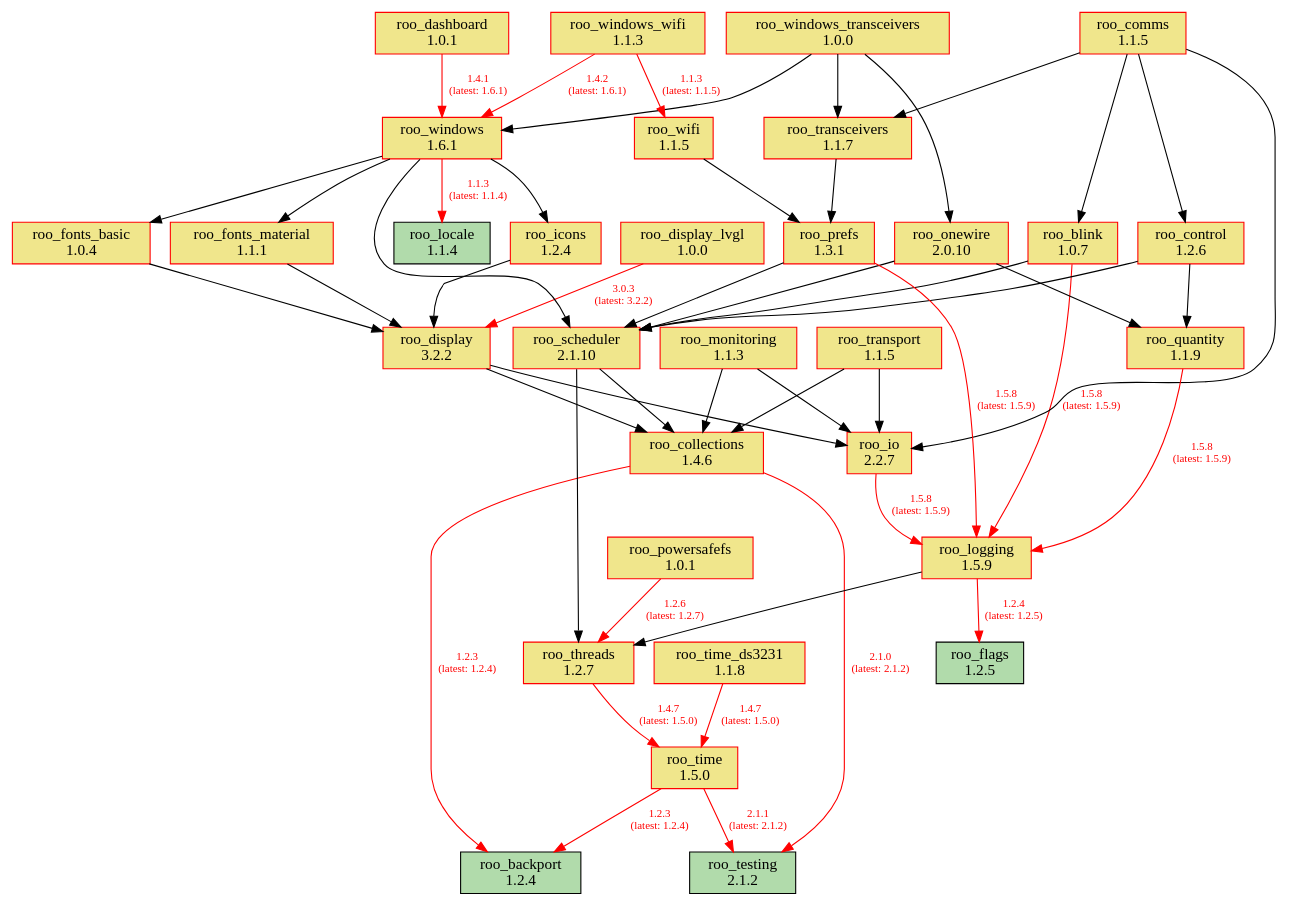
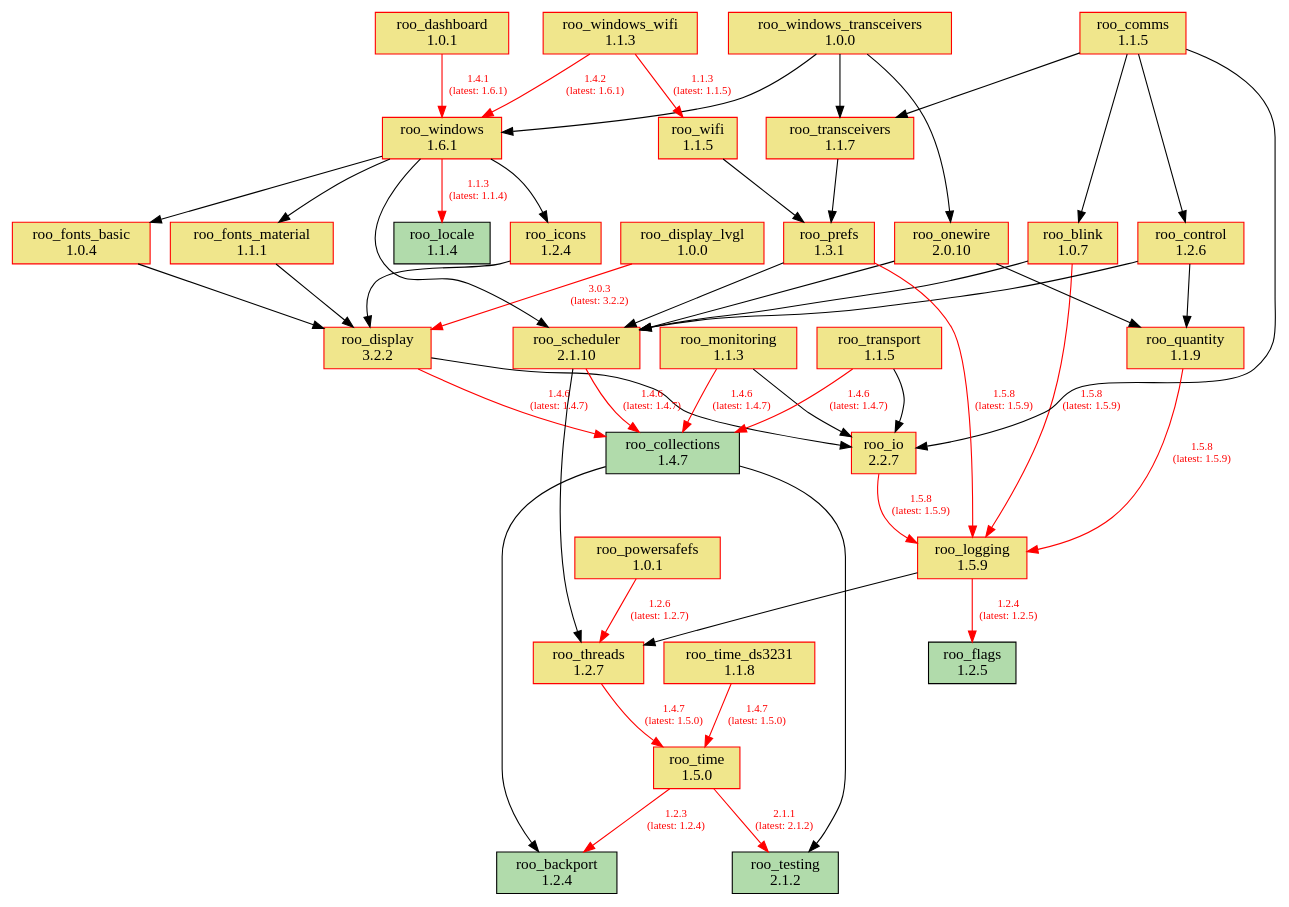
Before and after one commit to dejwk/roo-registry: the diagram in doc/dependencies.dot, drawn with Graphviz. The commit also changed 3 other files, not shown here.

Commit message:
Added roo_collections 1.4.7 to the registry.

```diff
--- a/doc/dependencies.dot
+++ b/doc/dependencies.dot
@@ -1,88 +1,88 @@
 digraph dependencies {
     rankdir=TB;
     node [shape=box, style=filled];
     edge [fontsize=10];
 
     // Modules
     "roo_backport" [label="roo_backport\n1.2.4", fillcolor="#b1dbab", color="black"];
     "roo_blink" [label="roo_blink\n1.0.7", fillcolor="khaki", color="red"];
-    "roo_collections" [label="roo_collections\n1.4.6", fillcolor="khaki", color="red"];
+    "roo_collections" [label="roo_collections\n1.4.7", fillcolor="#b1dbab", color="black"];
     "roo_comms" [label="roo_comms\n1.1.5", fillcolor="khaki", color="red"];
     "roo_control" [label="roo_control\n1.2.6", fillcolor="khaki", color="red"];
     "roo_dashboard" [label="roo_dashboard\n1.0.1", fillcolor="khaki", color="red"];
     "roo_display" [label="roo_display\n3.2.2", fillcolor="khaki", color="red"];
     "roo_display_lvgl" [label="roo_display_lvgl\n1.0.0", fillcolor="khaki", color="red"];
     "roo_flags" [label="roo_flags\n1.2.5", fillcolor="#b1dbab", color="black"];
     "roo_fonts_basic" [label="roo_fonts_basic\n1.0.4", fillcolor="khaki", color="red"];
     "roo_fonts_material" [label="roo_fonts_material\n1.1.1", fillcolor="khaki", color="red"];
     "roo_icons" [label="roo_icons\n1.2.4", fillcolor="khaki", color="red"];
     "roo_io" [label="roo_io\n2.2.7", fillcolor="khaki", color="red"];
     "roo_locale" [label="roo_locale\n1.1.4", fillcolor="#b1dbab", color="black"];
     "roo_logging" [label="roo_logging\n1.5.9", fillcolor="khaki", color="red"];
     "roo_monitoring" [label="roo_monitoring\n1.1.3", fillcolor="khaki", color="red"];
     "roo_onewire" [label="roo_onewire\n2.0.10", fillcolor="khaki", color="red"];
     "roo_powersafefs" [label="roo_powersafefs\n1.0.1", fillcolor="khaki", color="red"];
     "roo_prefs" [label="roo_prefs\n1.3.1", fillcolor="khaki", color="red"];
     "roo_quantity" [label="roo_quantity\n1.1.9", fillcolor="khaki", color="red"];
     "roo_scheduler" [label="roo_scheduler\n2.1.10", fillcolor="khaki", color="red"];
     "roo_testing" [label="roo_testing\n2.1.2", fillcolor="#b1dbab", color="black"];
     "roo_threads" [label="roo_threads\n1.2.7", fillcolor="khaki", color="red"];
     "roo_time" [label="roo_time\n1.5.0", fillcolor="khaki", color="red"];
     "roo_time_ds3231" [label="roo_time_ds3231\n1.1.8", fillcolor="khaki", color="red"];
     "roo_transceivers" [label="roo_transceivers\n1.1.7", fillcolor="khaki", color="red"];
     "roo_transport" [label="roo_transport\n1.1.5", fillcolor="khaki", color="red"];
     "roo_wifi" [label="roo_wifi\n1.1.5", fillcolor="khaki", color="red"];
     "roo_windows" [label="roo_windows\n1.6.1", fillcolor="khaki", color="red"];
     "roo_windows_transceivers" [label="roo_windows_transceivers\n1.0.0", fillcolor="khaki", color="red"];
     "roo_windows_wifi" [label="roo_windows_wifi\n1.1.3", fillcolor="khaki", color="red"];
 
     // Dependencies
     "roo_blink" -> "roo_logging" [color=red, fontcolor=red, label="1.5.8\n(latest: 1.5.9)"];
     "roo_blink" -> "roo_scheduler";
-    "roo_collections" -> "roo_testing" [color=red, fontcolor=red, label="2.1.0\n(latest: 2.1.2)"];
-    "roo_collections" -> "roo_backport" [color=red, fontcolor=red, label="1.2.3\n(latest: 1.2.4)"];
+    "roo_collections" -> "roo_testing";
+    "roo_collections" -> "roo_backport";
     "roo_comms" -> "roo_blink";
     "roo_comms" -> "roo_control";
     "roo_comms" -> "roo_io";
     "roo_comms" -> "roo_transceivers";
     "roo_control" -> "roo_quantity";
     "roo_control" -> "roo_scheduler";
     "roo_dashboard" -> "roo_windows" [color=red, fontcolor=red, label="1.4.1\n(latest: 1.6.1)"];
-    "roo_display" -> "roo_collections";
+    "roo_display" -> "roo_collections" [color=red, fontcolor=red, label="1.4.6\n(latest: 1.4.7)"];
     "roo_display" -> "roo_io";
     "roo_display_lvgl" -> "roo_display" [color=red, fontcolor=red, label="3.0.3\n(latest: 3.2.2)"];
     "roo_fonts_basic" -> "roo_display";
     "roo_fonts_material" -> "roo_display";
     "roo_icons" -> "roo_display";
     "roo_io" -> "roo_logging" [color=red, fontcolor=red, label="1.5.8\n(latest: 1.5.9)"];
     "roo_logging" -> "roo_flags" [color=red, fontcolor=red, label="1.2.4\n(latest: 1.2.5)"];
     "roo_logging" -> "roo_threads";
-    "roo_monitoring" -> "roo_collections";
+    "roo_monitoring" -> "roo_collections" [color=red, fontcolor=red, label="1.4.6\n(latest: 1.4.7)"];
     "roo_monitoring" -> "roo_io";
     "roo_onewire" -> "roo_scheduler";
     "roo_onewire" -> "roo_quantity";
     "roo_powersafefs" -> "roo_threads" [color=red, fontcolor=red, label="1.2.6\n(latest: 1.2.7)"];
     "roo_prefs" -> "roo_logging" [color=red, fontcolor=red, label="1.5.8\n(latest: 1.5.9)"];
     "roo_prefs" -> "roo_scheduler";
     "roo_quantity" -> "roo_logging" [color=red, fontcolor=red, label="1.5.8\n(latest: 1.5.9)"];
-    "roo_scheduler" -> "roo_collections";
+    "roo_scheduler" -> "roo_collections" [color=red, fontcolor=red, label="1.4.6\n(latest: 1.4.7)"];
     "roo_scheduler" -> "roo_threads";
     "roo_threads" -> "roo_time" [color=red, fontcolor=red, label="1.4.7\n(latest: 1.5.0)"];
     "roo_time" -> "roo_testing" [color=red, fontcolor=red, label="2.1.1\n(latest: 2.1.2)"];
     "roo_time" -> "roo_backport" [color=red, fontcolor=red, label="1.2.3\n(latest: 1.2.4)"];
     "roo_time_ds3231" -> "roo_time" [color=red, fontcolor=red, label="1.4.7\n(latest: 1.5.0)"];
     "roo_transceivers" -> "roo_prefs";
-    "roo_transport" -> "roo_collections";
+    "roo_transport" -> "roo_collections" [color=red, fontcolor=red, label="1.4.6\n(latest: 1.4.7)"];
     "roo_transport" -> "roo_io";
     "roo_wifi" -> "roo_prefs";
     "roo_windows" -> "roo_fonts_basic";
     "roo_windows" -> "roo_fonts_material";
     "roo_windows" -> "roo_locale" [color=red, fontcolor=red, label="1.1.3\n(latest: 1.1.4)"];
     "roo_windows" -> "roo_icons";
     "roo_windows" -> "roo_scheduler";
     "roo_windows_transceivers" -> "roo_onewire";
     "roo_windows_transceivers" -> "roo_transceivers";
     "roo_windows_transceivers" -> "roo_windows";
     "roo_windows_wifi" -> "roo_wifi" [color=red, fontcolor=red, label="1.1.3\n(latest: 1.1.5)"];
     "roo_windows_wifi" -> "roo_windows" [color=red, fontcolor=red, label="1.4.2\n(latest: 1.6.1)"];
 }
```
